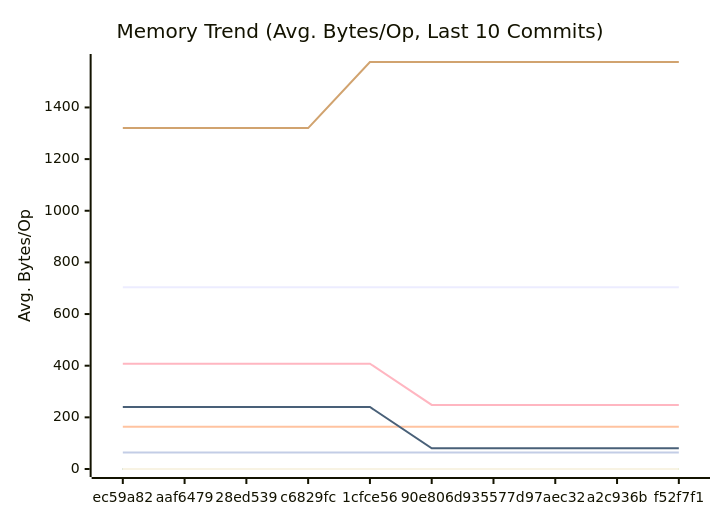
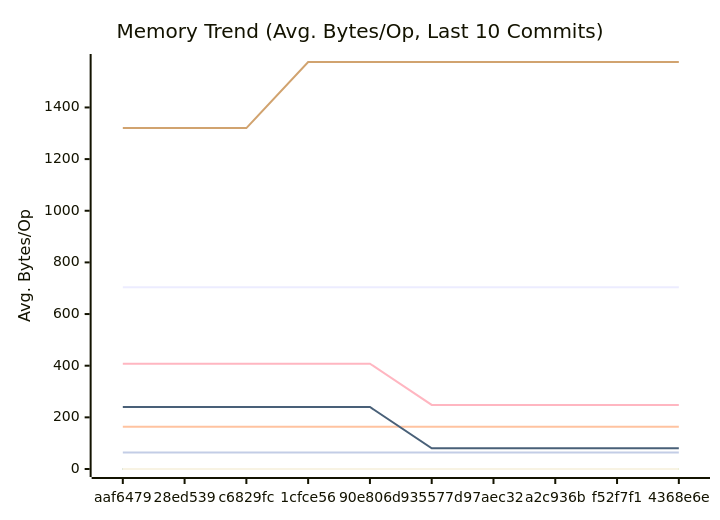
Before and after one commit to alsotoes/momo: the second of 3 diagrams in docs/PERFORMANCE.md, drawn with Mermaid. The commit also changed other lines of this file and 4 other files, not shown here.

````diff
--- a/docs/PERFORMANCE.md
+++ b/docs/PERFORMANCE.md
@@ -152,18 +152,18 @@
 ```mermaid
 xychart-beta
     title "Memory Trend (Avg. Bytes/Op, Last 10 Commits)"
     x-axis "Commit"
     y-axis "Avg. Bytes/Op"
-    x-axis [ec59a82,aaf6479,28ed539,c6829fc,1cfce56,90e806d,935577d,97aec32,a2c936b,f52f7f1]
+    x-axis [aaf6479,28ed539,c6829fc,1cfce56,90e806d,935577d,97aec32,a2c936b,f52f7f1,4368e6e]
     line "CheckMetricsAndSwap" [0,0,0,0,0,0,0,0,0,0]
     line "CrushOptimized" [0,0,0,0,0,0,0,0,0,0]
     line "CrushOriginal" [164,164,164,164,164,164,164,164,164,164]
     line "IndexDirectTracking" [0,0,0,0,0,0,0,0,0,0]
     line "IndexSearch" [0,0,0,0,0,0,0,0,0,0]
-    line "LoadGlobalConfig" [1320,1320,1320,1320,1576,1576,1576,1576,1576,1576]
+    line "LoadGlobalConfig" [1320,1320,1320,1576,1576,1576,1576,1576,1576,1576]
     line "PadString" [64,64,64,64,64,64,64,64,64,64]
     line "ParseReplicationOrder_NoPrealloc" [408,408,408,408,408,248,248,248,248,248]
     line "ParseReplicationOrder_Prealloc" [240,240,240,240,240,80,80,80,80,80]
     line "SanitizeLog/Safe" [0,0,0,0,0,0,0,0,0,0]
     line "SanitizeLog/Unsafe" [704,704,704,704,704,704,704,704,704,704]
 ```
````
